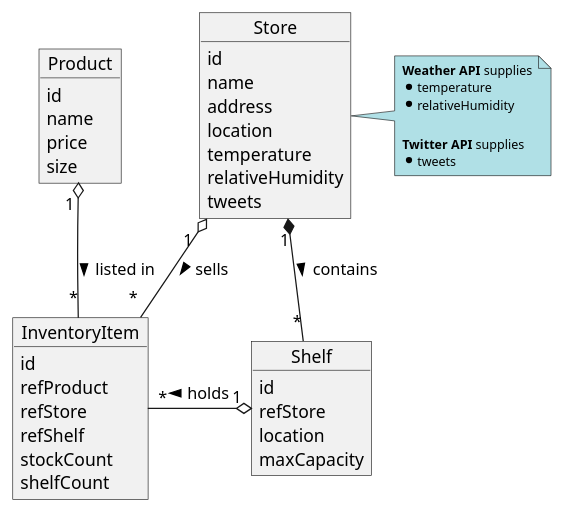
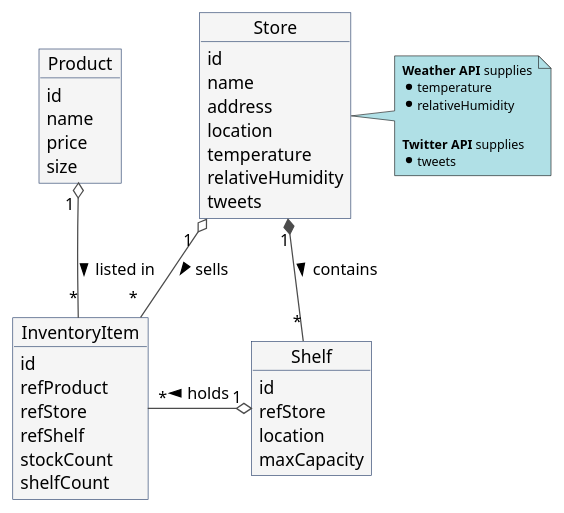
The diagram in diagrams/entities.puml (FIWARE/tutorials.Accessing-Context), drawn with PlantUML before and after one commit. The commit also changed 1 other file, not shown here.

Commit message:
Updating Entity Diagrams

```diff
--- a/diagrams/entities.puml
+++ b/diagrams/entities.puml
@@ -1,50 +1,56 @@
 @startuml
 object Product
+
+skinparam object {
+  BackgroundColor #f5f5f5
+  ArrowColor #4c4c4c
+  BorderColor #233c68
+}
 
 Product : id 
 Product : name 
 Product : price 
 Product : size 
 
 
 object InventoryItem
 
 InventoryItem : id 
 InventoryItem : refProduct 
 InventoryItem : refStore 
 InventoryItem : refShelf 
 InventoryItem : stockCount 
 InventoryItem : shelfCount 
 
 
 object Store
 
 Store : id 
 Store : name 
 Store : address 
 Store : location 
 Store : temperature 
 Store : relativeHumidity 
 Store : tweets
 
 note right of Store #PowderBlue
   <size:10><b>Weather API</b> supplies</size>
   * <size:10>temperature</size>
   * <size:10>relativeHumidity</size>
 
   <size:10><b>Twitter API</b> supplies</size>
   * <size:10>tweets</size>
 end note 
 
 object Shelf
 
 Shelf : id 
 Shelf : refStore 
 Shelf : location 
 Shelf : maxCapacity
 
 Product "1 " o-- " *" InventoryItem  : listed in >
 Store " 1  " o-- " *  " InventoryItem :  sells >
 Store "1" *-- "*" Shelf : contains >
 InventoryItem "*" -o " 1" Shelf : < holds
 @enduml
```
